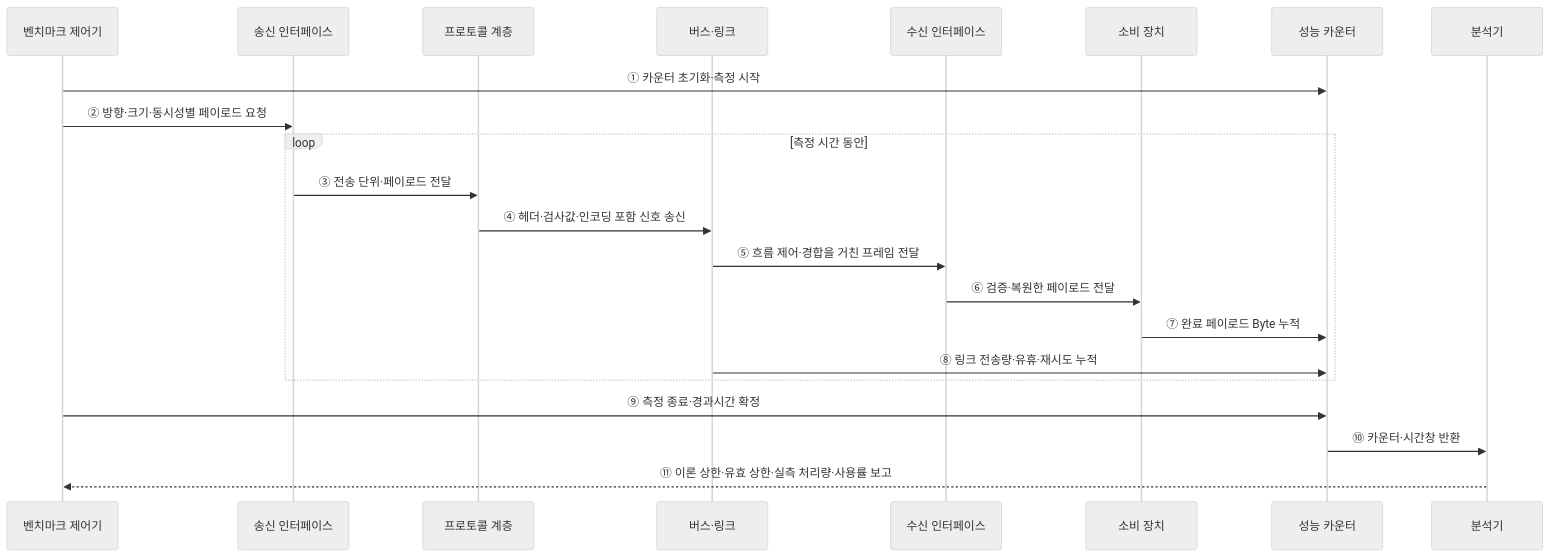
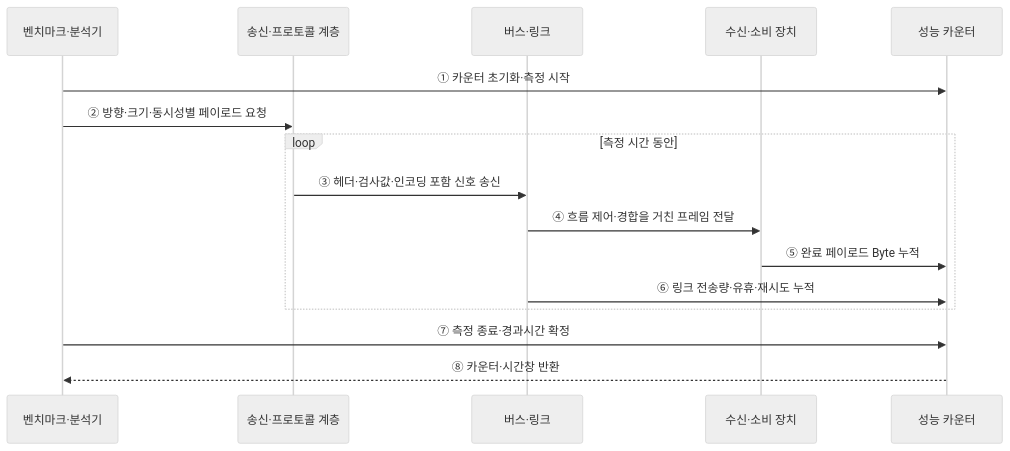
The second of 2 diagrams in src/content/docs/notes/02-hardware/076_bus_bandwidth.md (agnusdei1207/knowledge-base), drawn with Mermaid (neutral theme) before and after one commit. The commit also changed other lines of this file and 20 other files, not shown here.

````diff
--- a/src/content/docs/notes/02-hardware/076_bus_bandwidth.md
+++ b/src/content/docs/notes/02-hardware/076_bus_bandwidth.md
@@ -102,25 +73,19 @@
 ```mermaid
 sequenceDiagram
-    participant B as 벤치마크 제어기
-    participant S as 송신 인터페이스
-    participant P as 프로토콜 계층
+    participant B as 벤치마크·분석기
+    participant S as 송신·프로토콜 계층
     participant L as 버스·링크
-    participant R as 수신 인터페이스
-    participant C as 소비 장치
+    participant R as 수신·소비 장치
     participant M as 성능 카운터
-    participant A as 분석기
 
     B->>M: ① 카운터 초기화·측정 시작
     B->>S: ② 방향·크기·동시성별 페이로드 요청
     loop 측정 시간 동안
-        S->>P: ③ 전송 단위·페이로드 전달
-        P->>L: ④ 헤더·검사값·인코딩 포함 신호 송신
-        L->>R: ⑤ 흐름 제어·경합을 거친 프레임 전달
-        R->>C: ⑥ 검증·복원한 페이로드 전달
-        C->>M: ⑦ 완료 페이로드 Byte 누적
-        L->>M: ⑧ 링크 전송량·유휴·재시도 누적
+        S->>L: ③ 헤더·검사값·인코딩 포함 신호 송신
+        L->>R: ④ 흐름 제어·경합을 거친 프레임 전달
+        R->>M: ⑤ 완료 페이로드 Byte 누적
+        L->>M: ⑥ 링크 전송량·유휴·재시도 누적
     end
-    B->>M: ⑨ 측정 종료·경과시간 확정
-    M->>A: ⑩ 카운터·시간창 반환
-    A-->>B: ⑪ 이론 상한·유효 상한·실측 처리량·사용률 보고
+    B->>M: ⑦ 측정 종료·경과시간 확정
+    M-->>B: ⑧ 카운터·시간창 반환
 ```
````
